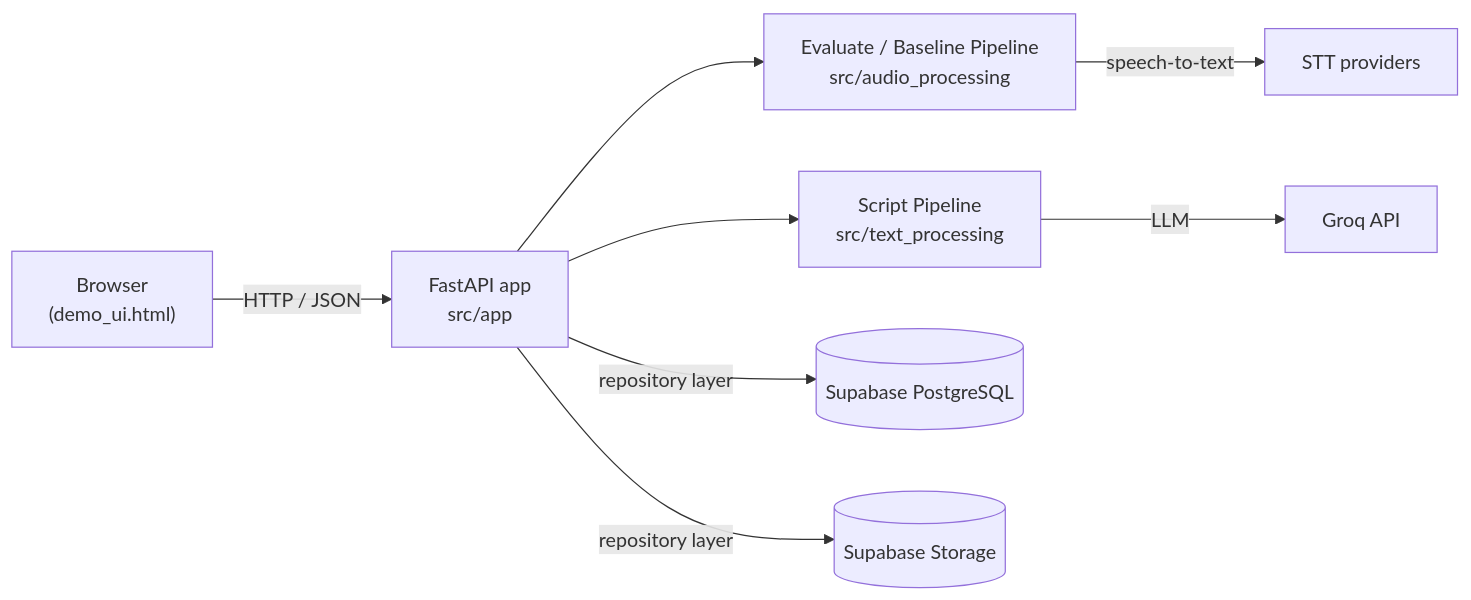
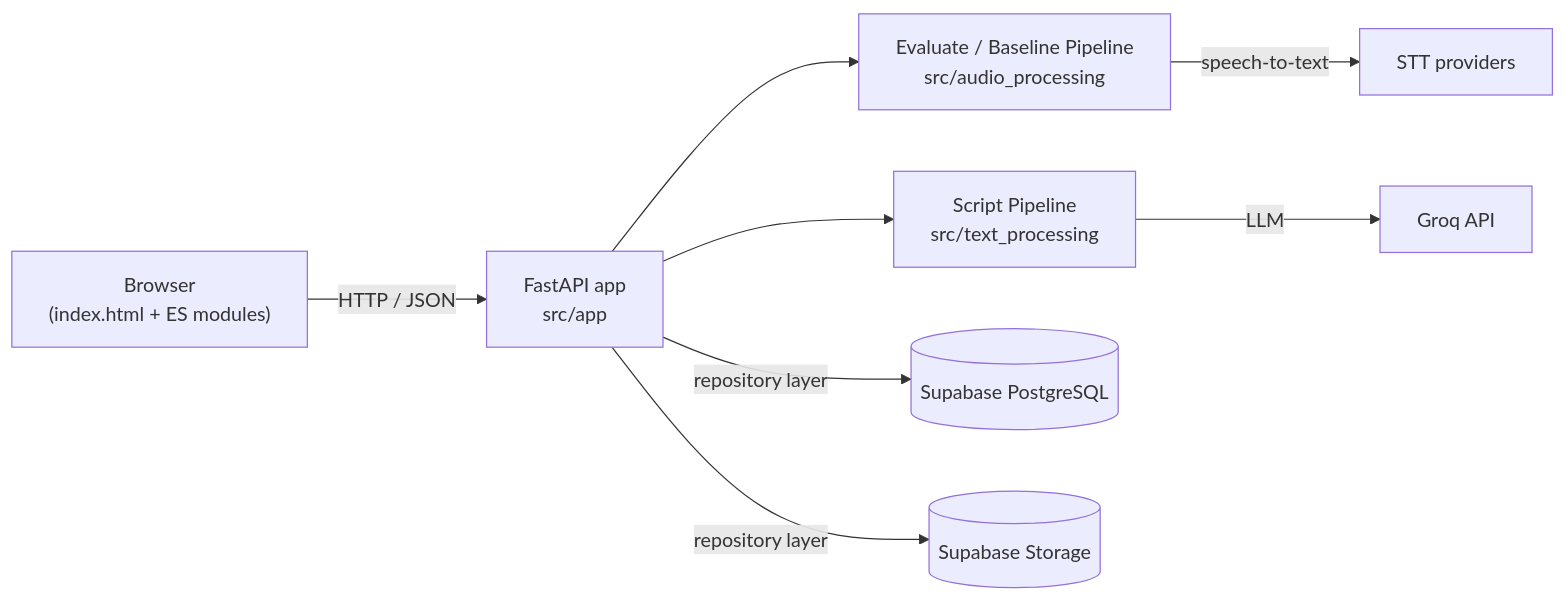
Before and after one commit to cbaolee/25c11-ct-team08-public-speaking-assistant: the first of 4 diagrams in architecture.md, drawn with Mermaid. The commit also changed other lines of this file and 33 other files, not shown here.

````diff
--- a/architecture.md
+++ b/architecture.md
@@ -19,10 +19,10 @@
 ```mermaid
 flowchart LR
-    Browser["Browser<br/>(demo_ui.html)"] -->|HTTP / JSON| API["FastAPI app<br/>src/app"]
+    Browser["Browser<br/>(index.html + ES modules)"] -->|HTTP / JSON| API["FastAPI app<br/>src/app"]
     API --> Audio["Evaluate / Baseline Pipeline<br/>src/audio_processing"]
     API --> Text["Script Pipeline<br/>src/text_processing"]
     Audio -->|speech-to-text| STT["STT providers"]
     Text -->|LLM| Groq["Groq API"]
     API -->|repository layer| DB[("Supabase PostgreSQL")]
     API -->|repository layer| Store[("Supabase Storage")]
 ```
````
